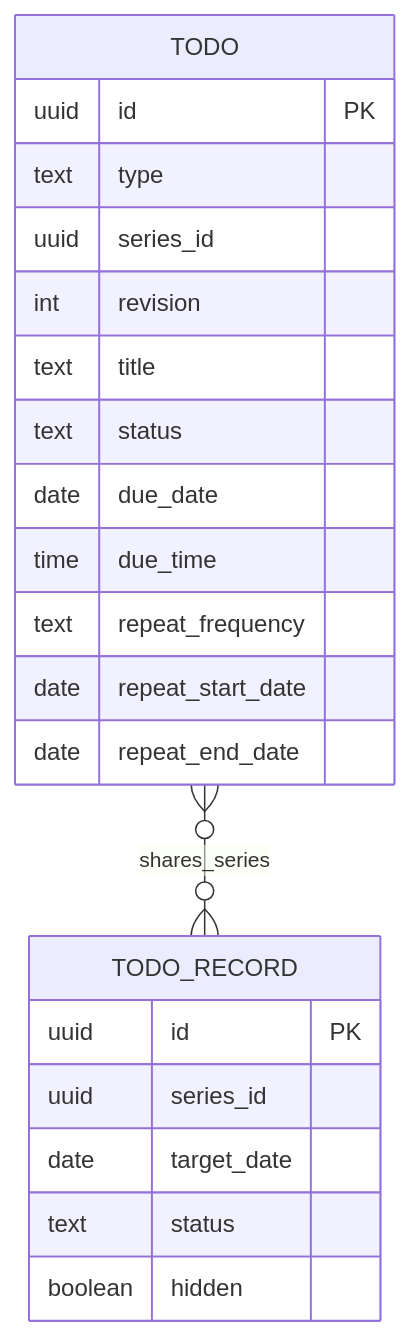
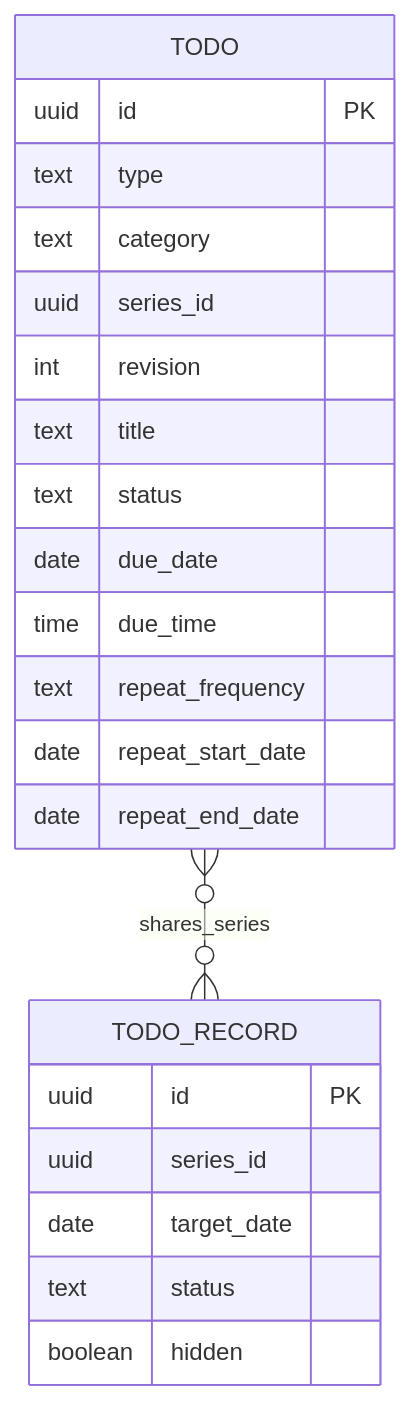
The diagram in doc/database-design.md (saebak/my-haru), drawn with Mermaid before and after one commit. The commit also changed other lines of this file and 34 other files, not shown here.

````diff
--- a/doc/database-design.md
+++ b/doc/database-design.md
@@ -15,26 +30,27 @@
 ```mermaid
 erDiagram
   TODO }o--o{ TODO_RECORD : shares_series
 
   TODO {
     uuid id PK
     text type
+    text category
     uuid series_id
     int revision
     text title
     text status
     date due_date
     time due_time
     text repeat_frequency
     date repeat_start_date
     date repeat_end_date
   }
 
   TODO_RECORD {
     uuid id PK
     uuid series_id
     date target_date
     text status
     boolean hidden
   }
 ```
````
